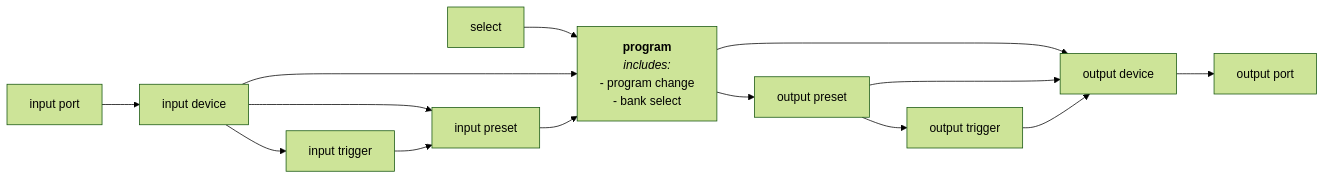
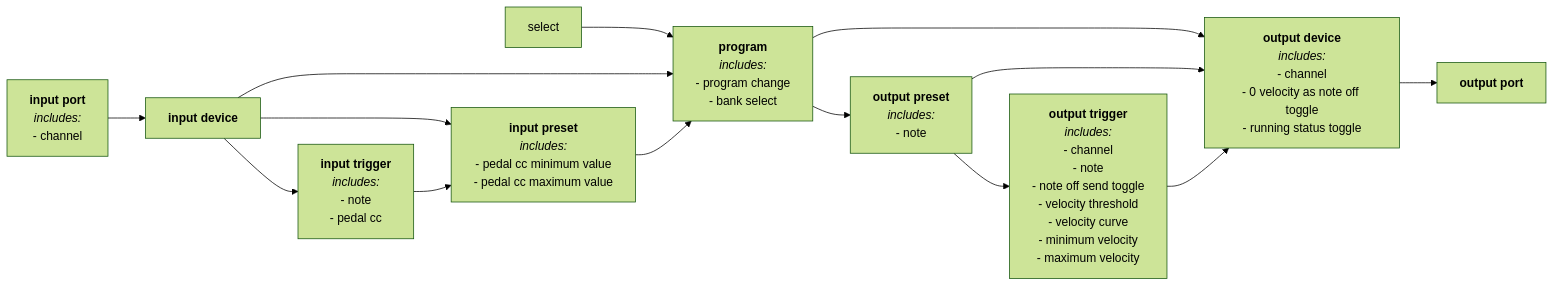
Before and after one commit to HLammers/cybo-drummer: the diagram in README.md, drawn with Mermaid (forest theme).

````diff
--- a/README.md
+++ b/README.md
@@ -27,19 +27,41 @@
 ```mermaid
 graph LR
     SEL[select]-->PROG["`**program**
     _includes:_
     - program change
     - bank select`"]
-    IPORT[input port]-->IDEV
-    IDEV-->ITRIG[input trigger]
+    IPORT["`**input port**
+    _includes:_
+    - channel`"]-->IDEV
+    IDEV-->ITRIG["`**input trigger**
+    _includes:_
+    - note
+    - pedal cc`"]
     IDEV-->IPRES
     ITRIG-->IPRES
-    IDEV[input device]-->PROG
-    IPRES[input preset]-->PROG
-    PROG-->ODEV[output device]
-    PROG-->OPRES[output preset]
+    IDEV["`**input device**`"]-->PROG
+    IPRES["`**input preset**
+    _includes:_
+    - pedal cc minimum value
+    - pedal cc maximum value`"]-->PROG
+    PROG-->ODEV["`**output device**
+    _includes:_
+    - channel
+    - 0 velocity as note off toggle
+    - running status toggle`"]
+    PROG-->OPRES["`**output preset**
+    _includes:_
+    - note`"]
     OPRES-->ODEV
     OPRES-->OTRIG
-    OTRIG[output trigger]-->ODEV
-    ODEV-->OPORT[output port]
+    OTRIG["`**output trigger**
+    _includes:_
+    - channel
+    - note
+    - note off send toggle
+    - velocity threshold
+    - velocity curve
+    - minimum velocity
+    - maximum velocity`"]-->ODEV
+    ODEV-->OPORT["`**output port**`"]
 ```
````
